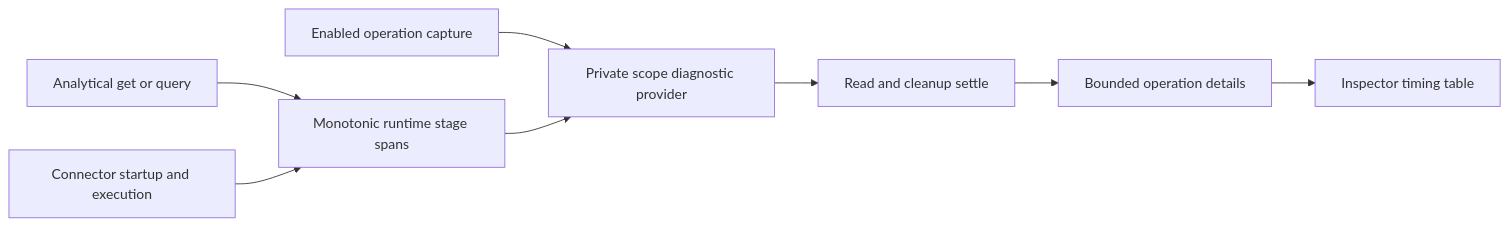
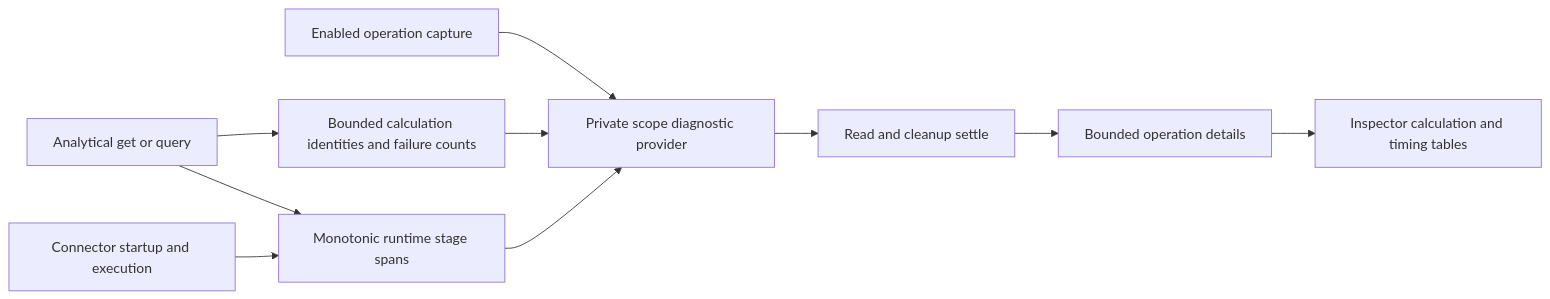
One commit to relatehq/relate changed the third of 8 diagrams in packages/runtime/CONTRACT.md. Above: the diagram before and after it, drawn with Mermaid. The commit also changed other lines of this file and 25 other files, not shown here.

Commit message:
feat(analytics): capture calculation activity summaries

````diff
--- a/packages/runtime/CONTRACT.md
+++ b/packages/runtime/CONTRACT.md
@@ -473,10 +487,12 @@
 ```mermaid
 flowchart LR
   Capture[Enabled operation capture] --> Scope[Private scope diagnostic provider]
   Read[Analytical get or query] --> Stages[Monotonic runtime stage spans]
+  Read --> Calculations[Bounded calculation identities and failure counts]
+  Calculations --> Scope
   Connector[Connector startup and execution] --> Stages
   Stages --> Scope
   Scope --> Settled[Read and cleanup settle]
   Settled --> Activity[Bounded operation details]
-  Activity --> Inspector[Inspector timing table]
+  Activity --> Inspector[Inspector calculation and timing tables]
 ```
````
